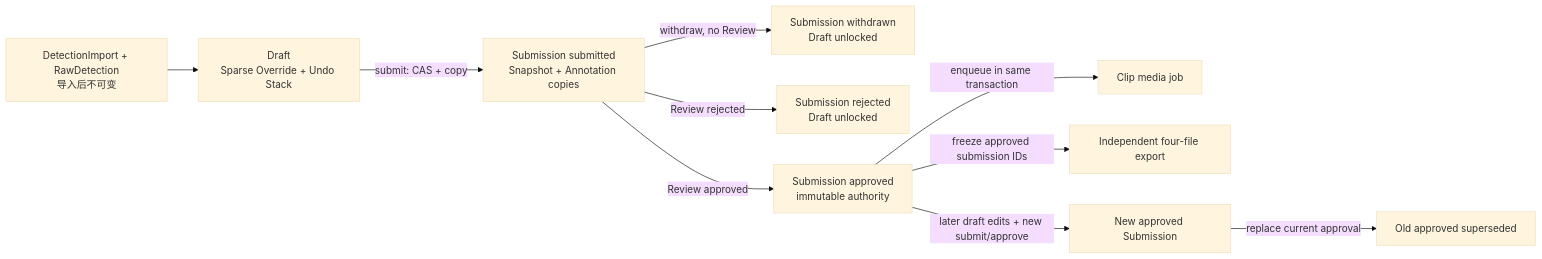
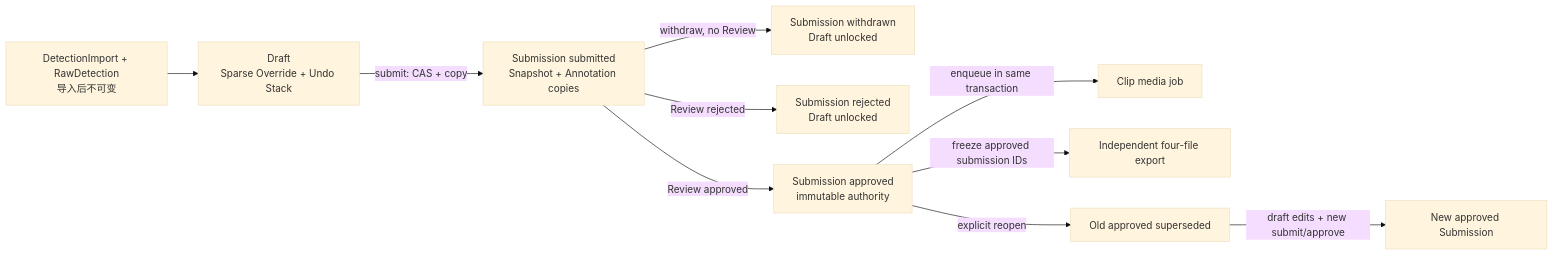
The first of 2 diagrams in docs/设计/检测状态、提交审核与独立行为视频片段导出设计.md (ChipmunkYu/mouse-behavior-annotation), drawn with Mermaid (base theme) before and after one commit. The commit also changed other lines of this file and 44 other files, not shown here.

````diff
--- a/docs/设计/检测状态、提交审核与独立行为视频片段导出设计.md
+++ b/docs/设计/检测状态、提交审核与独立行为视频片段导出设计.md
@@ -28,12 +30,12 @@
 ```mermaid
 flowchart LR
     RI[DetectionImport + RawDetection\n导入后不可变] --> D[Draft\nSparse Override + Undo Stack]
     D -->|submit: CAS + copy| S[Submission submitted\nSnapshot + Annotation copies]
     S -->|withdraw, no Review| W[Submission withdrawn\nDraft unlocked]
     S -->|Review rejected| R[Submission rejected\nDraft unlocked]
     S -->|Review approved| A[Submission approved\nimmutable authority]
     A -->|enqueue in same transaction| M[Clip media job]
     A -->|freeze approved submission IDs| E[Independent four-file export]
-    A -->|later draft edits + new submit/approve| N[New approved Submission]
-    N -->|replace current approval| X[Old approved superseded]
+    A -->|explicit reopen| X[Old approved superseded]
+    X -->|draft edits + new submit/approve| N[New approved Submission]
 ```
````
